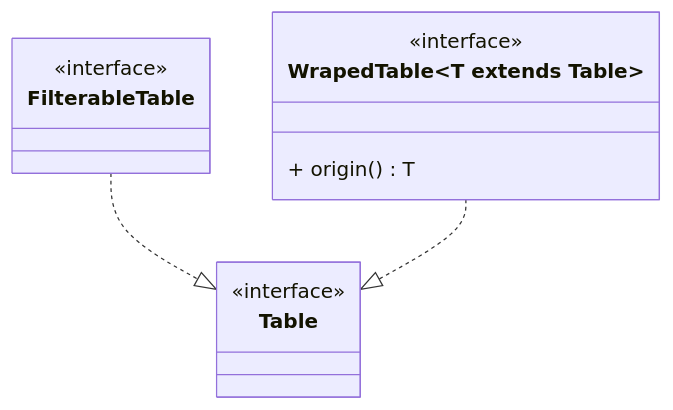
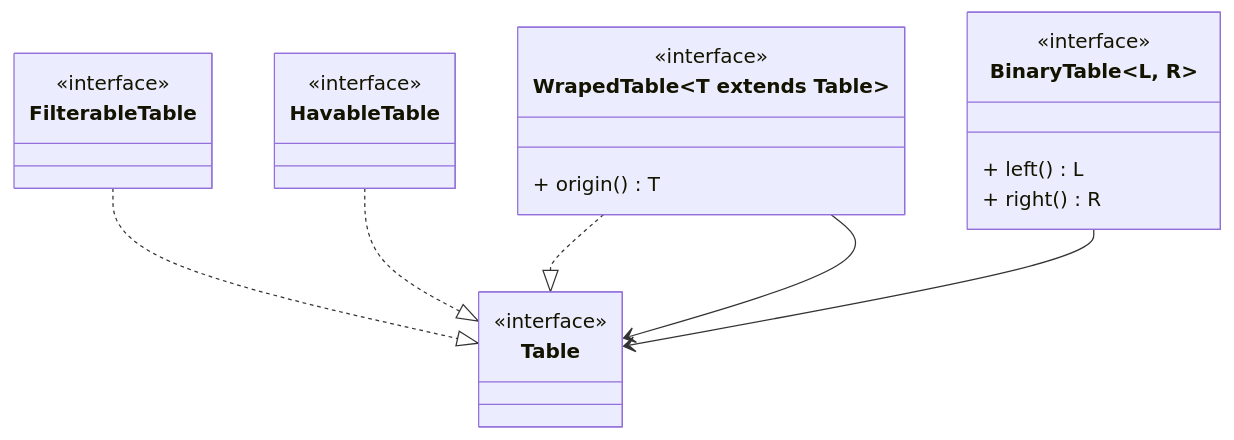
The first of 13 diagrams in docs/domain.md (safarislava/QueryBricks), drawn with Mermaid before and after one commit. The commit also changed other lines of this file, not shown here.

````diff
--- a/docs/domain.md
+++ b/docs/domain.md
@@ -1,17 +5,30 @@
 ```mermaid
 classDiagram
     class Table {
         <<interface>>
     }
 
     class FilterableTable {
         <<interface>>
     }
     FilterableTable ..|> Table
 
+    class HavableTable {
+        <<interface>>
+    }
+    HavableTable ..|> Table
+
     class WrapedTable~T extends Table~ {
         <<interface>>
         + origin() T
     }
     WrapedTable ..|> Table
+    WrapedTable --> Table
+
+    class BinaryTable~L, R~ {
+        <<interface>>
+        + left() L
+        + right() R
+    }
+    BinaryTable --> Table
 ```
````
